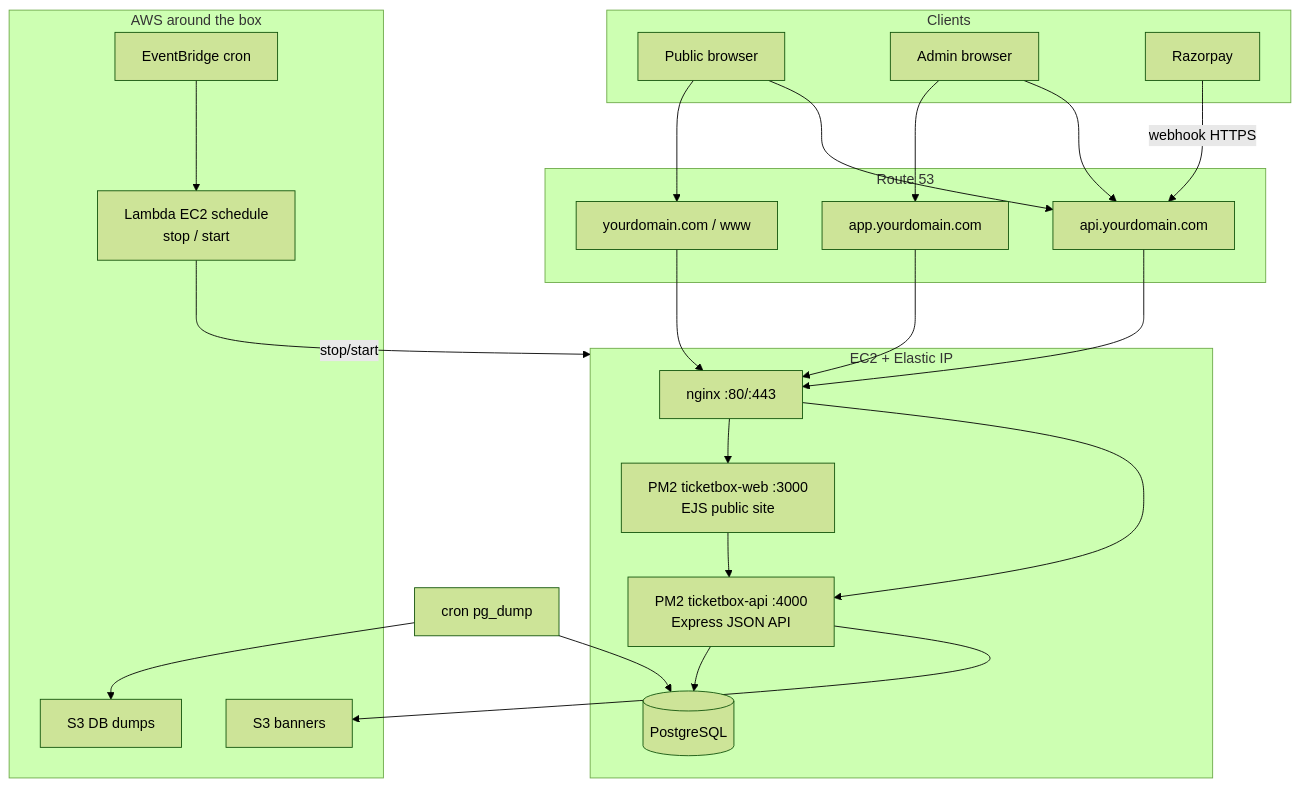
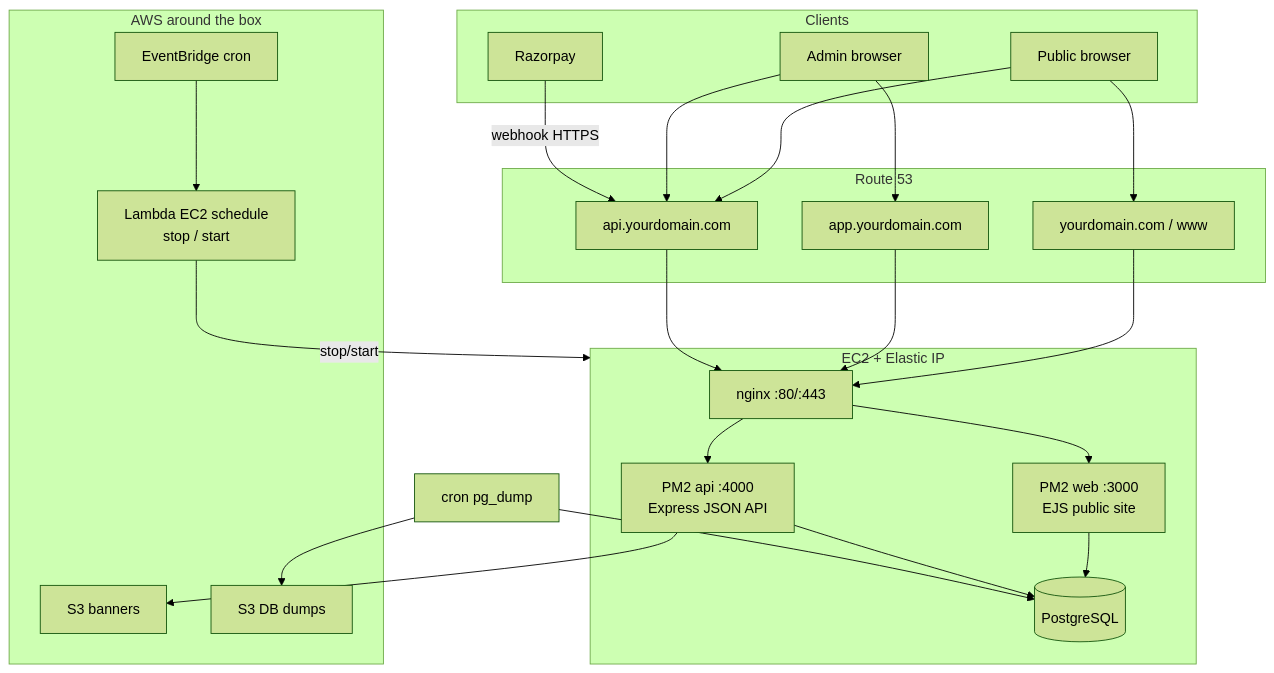
Before and after one commit to Sahil191202/TicketBox: the diagram in Backend/docs/ARCHITECTURE.md, drawn with Mermaid (forest theme). The commit also changed other lines of this file and 5 other files, not shown here.

Commit message:
feat: update architecture and documentation for Day 10, including FTP vs rsync guide and EC2 scheduling details

````diff
--- a/Backend/docs/ARCHITECTURE.md
+++ b/Backend/docs/ARCHITECTURE.md
@@ -3,48 +3,48 @@
 ```mermaid
 flowchart TB
   subgraph Clients
     Browser["Public browser"]
     AdminBrowser["Admin browser"]
     Razorpay["Razorpay"]
   end
 
   subgraph DNS["Route 53"]
     Apex["yourdomain.com / www"]
     ApiHost["api.yourdomain.com"]
     AppHost["app.yourdomain.com"]
   end
 
   subgraph EC2["EC2 + Elastic IP"]
     Nginx["nginx :80/:443"]
-    Web["PM2 ticketbox-web :3000<br/>EJS public site"]
-    Api["PM2 ticketbox-api :4000<br/>Express JSON API"]
+    Web["PM2 web :3000<br/>EJS public site"]
+    Api["PM2 api :4000<br/>Express JSON API"]
     PG[("PostgreSQL")]
     Nginx --> Web
     Nginx --> Api
-    Web --> Api
-    Api --> PG
   end
 
   subgraph AWSExtras["AWS around the box"]
     S3Banners["S3 banners"]
     S3Backups["S3 DB dumps"]
     Lambda["Lambda EC2 schedule<br/>stop / start"]
     EB["EventBridge cron"]
   end
 
   Browser --> Apex
   AdminBrowser --> AppHost
   Browser --> ApiHost
   AdminBrowser --> ApiHost
   Razorpay -->|"webhook HTTPS"| ApiHost
 
   Apex --> Nginx
   AppHost --> Nginx
   ApiHost --> Nginx
 
+  Web --> PG
+  Api --> PG
   Api --> S3Banners
   Cron["cron pg_dump"] --> PG
   Cron --> S3Backups
   EB --> Lambda
   Lambda -->|"stop/start"| EC2
 ```
````
